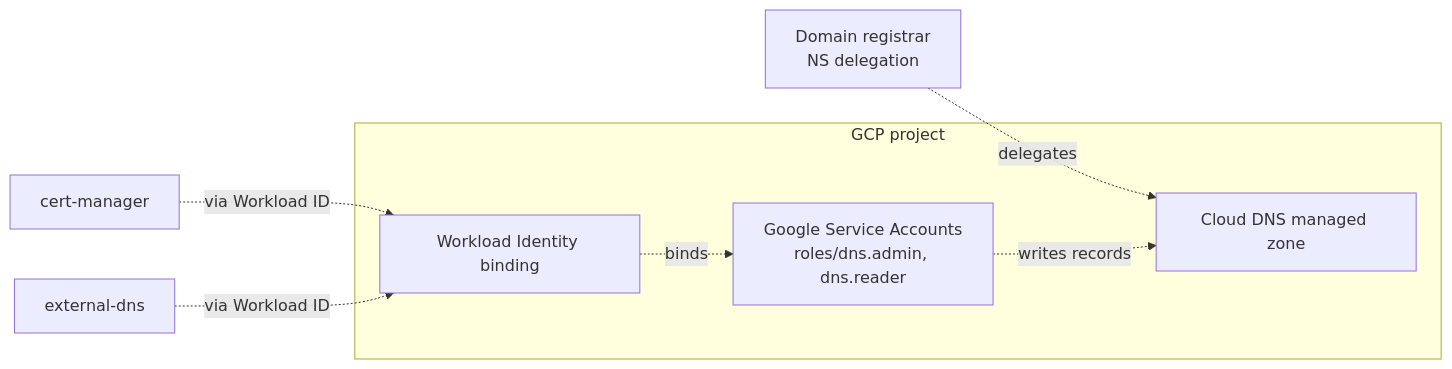
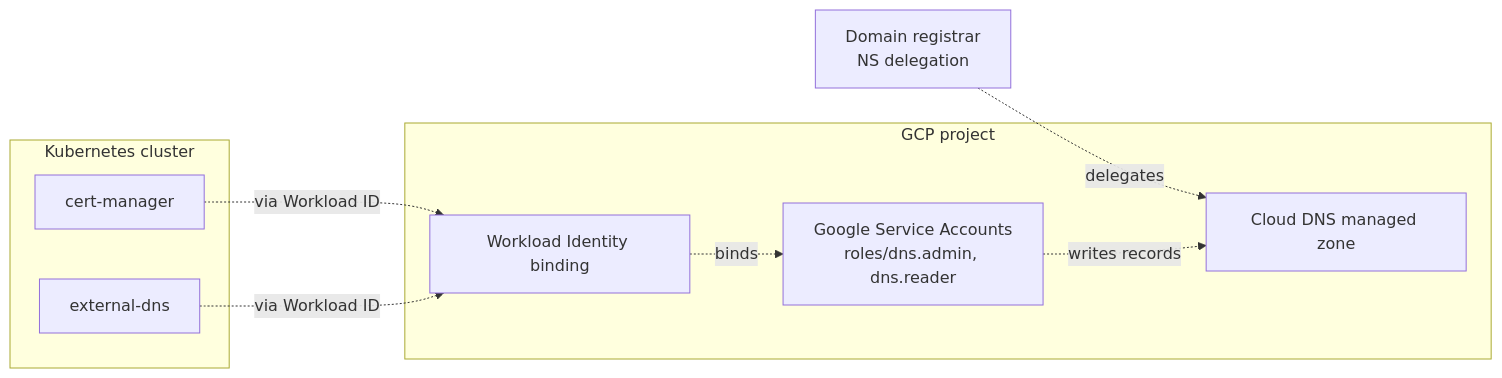
One commit to windsorcli/core changed the third of 4 diagrams in terraform/dns/README.md. Above: the diagram before and after it, drawn with Mermaid. The commit also changed other lines of this file and 35 other files, not shown here.

````diff
--- a/terraform/dns/README.md
+++ b/terraform/dns/README.md
@@ -100,18 +106,21 @@
 ```mermaid
 flowchart LR
   registrar[Domain registrar<br/>NS delegation]
-  cm[cert-manager]
-  ed[external-dns]
+
+  subgraph cluster[Kubernetes cluster]
+    cm[cert-manager]
+    ed[external-dns]
+  end
 
   subgraph gcp[GCP project]
     zone[Cloud DNS managed zone]
     gsa[Google Service Accounts<br/>roles/dns.admin, dns.reader]
     wi[Workload Identity binding]
   end
 
   registrar -.delegates.-> zone
   cm -.via Workload ID.-> wi
   ed -.via Workload ID.-> wi
   wi -.binds.-> gsa
   gsa -.writes records.-> zone
 ```
````
